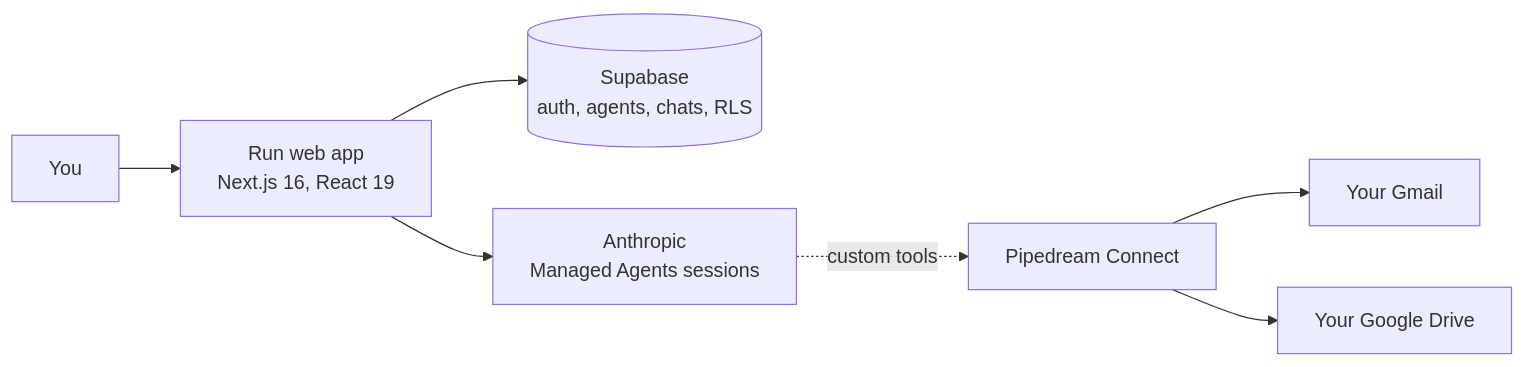
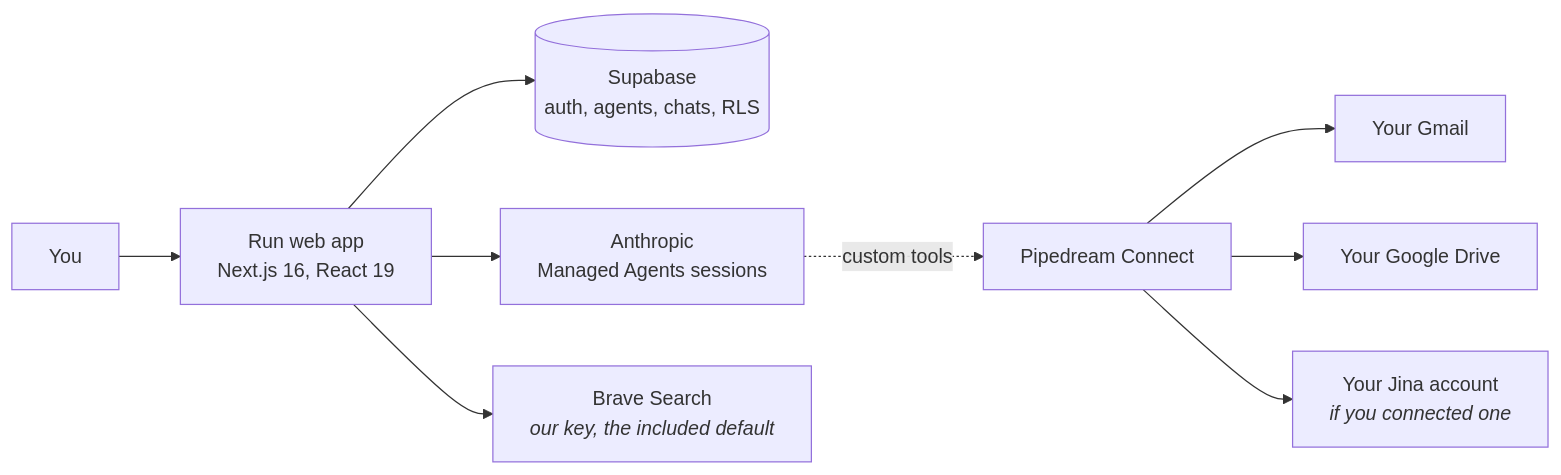
Before and after one commit to choongching/run: the fourth of 4 diagrams in README.md, drawn with Mermaid. The commit also changed other lines of this file and 5 other files, not shown here.

````diff
--- a/README.md
+++ b/README.md
@@ -328,9 +465,11 @@
 ```mermaid
 flowchart LR
     U["You"] --> W["Run web app<br/>Next.js 16, React 19"]
     W --> DB[("Supabase<br/>auth, agents, chats, RLS")]
     W --> MA["Anthropic<br/>Managed Agents sessions"]
     MA -. custom tools .-> PD["Pipedream Connect"]
     PD --> GM["Your Gmail"]
     PD --> GD["Your Google Drive"]
+    PD --> JN["Your Jina account<br/><i>if you connected one</i>"]
+    W --> BR["Brave Search<br/><i>our key, the included default</i>"]
 ```
````
